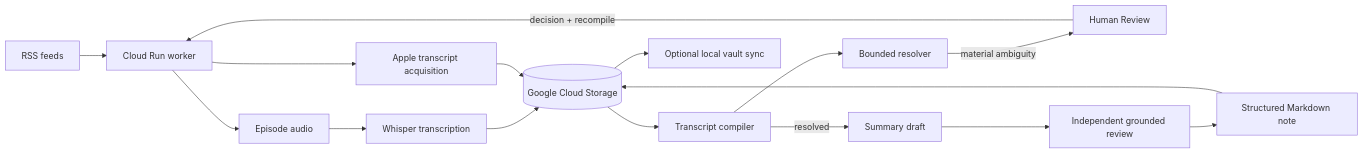
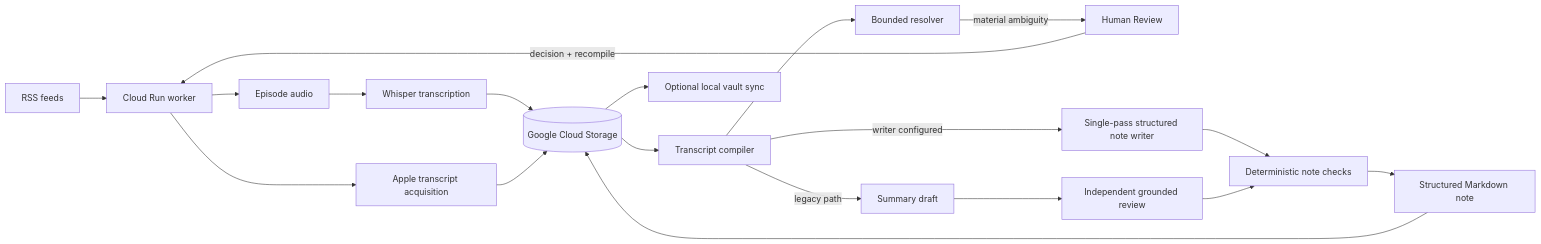
Before and after one commit to wintersyntax/podcast-automation: the diagram in docs/ARCHITECTURE.md, drawn with Mermaid. The commit also changed other lines of this file and 3 other files, not shown here.

Commit message:
Document the public single-pass knowledge-note path

````diff
--- a/docs/ARCHITECTURE.md
+++ b/docs/ARCHITECTURE.md
@@ -5,18 +5,21 @@
 ```mermaid
 flowchart LR
     RSS[RSS feeds] --> Worker[Cloud Run worker]
     Worker --> Audio[Episode audio]
     Audio --> Whisper[Whisper transcription]
     Worker --> Apple[Apple transcript acquisition]
     Whisper --> GCS[(Google Cloud Storage)]
     Apple --> GCS
     GCS --> Compiler[Transcript compiler]
     Compiler --> Resolver[Bounded resolver]
     Resolver -->|material ambiguity| Review[Human Review]
     Review -->|decision + recompile| Worker
-    Compiler -->|resolved| Summary[Summary draft]
+    Compiler -->|writer configured| Writer[Single-pass structured note writer]
+    Writer --> Checks[Deterministic note checks]
+    Compiler -->|legacy path| Summary[Summary draft]
     Summary --> IndependentReview[Independent grounded review]
-    IndependentReview --> Note[Structured Markdown note]
+    IndependentReview --> Checks
+    Checks --> Note[Structured Markdown note]
     Note --> GCS
     GCS --> Sync[Optional local vault sync]
 ```
````
